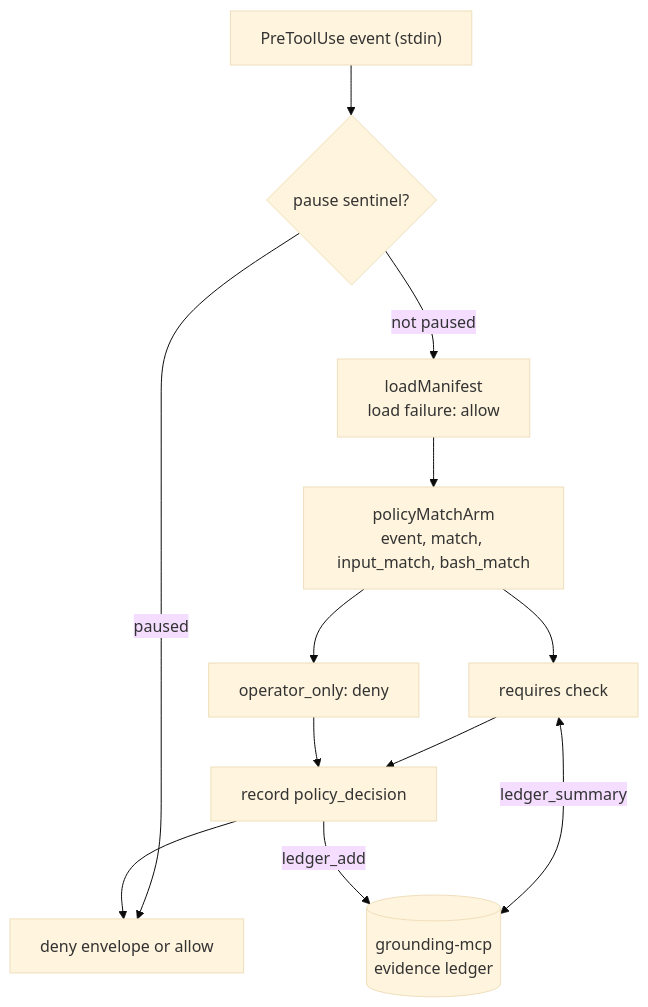
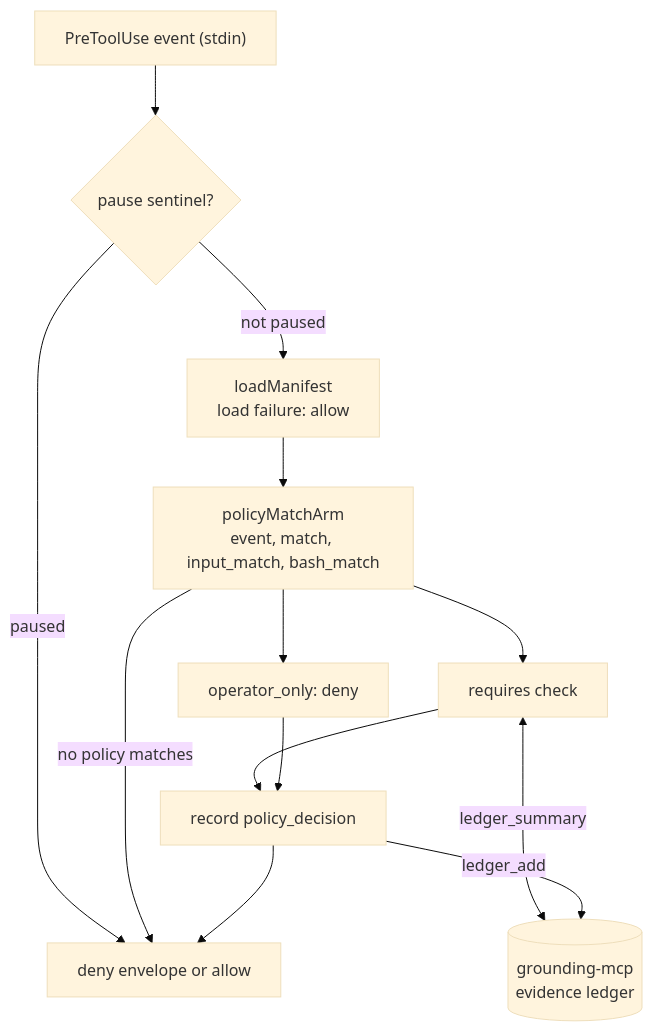
Before and after one commit to LanNguyenSi/harness: the third of 3 diagrams in docs/ARCHITECTURE.md, drawn with Mermaid (base theme). The commit also changed other lines of this file and 7 other files, not shown here.

````diff
--- a/docs/ARCHITECTURE.md
+++ b/docs/ARCHITECTURE.md
@@ -81,23 +81,24 @@
 ```mermaid
 flowchart TD
   EVT["PreToolUse event (stdin)"]
   PAUSE{"pause sentinel?"}
   LOAD["loadManifest<br/>load failure: allow"]
   MATCH["policyMatchArm<br/>event, match, input_match, bash_match"]
   OO["operator_only: deny"]
   REQ["requires check"]
   REC["record policy_decision"]
   ENV["deny envelope or allow"]
   GR[("grounding-mcp<br/>evidence ledger")]
 
   EVT --> PAUSE
   PAUSE -->|paused| ENV
   PAUSE -->|not paused| LOAD --> MATCH
+  MATCH -->|no policy matches| ENV
   MATCH --> REQ
   MATCH --> OO
   REQ <-->|ledger_summary| GR
   REQ --> REC
   OO --> REC
   REC -->|ledger_add| GR
   REC --> ENV
 ```
````
